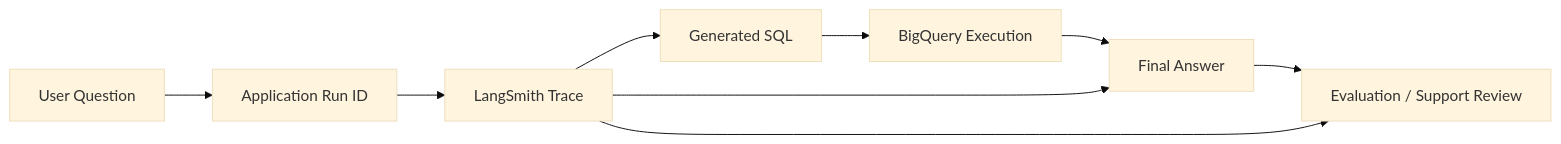
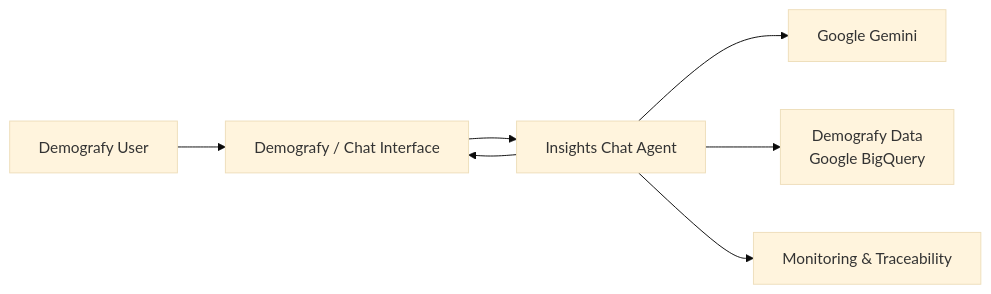
Before and after one commit to badrulHM/Insights_Chat_Agent_D-grafy: the diagram in README.md, drawn with Mermaid (base theme). The commit also changed other lines of this file and 3 other files, not shown here.

````diff
--- a/README.md
+++ b/README.md
@@ -572,17 +235,16 @@
 ```mermaid
 flowchart LR
+    USER["Demografy User"]
+    UI["Demografy / Chat Interface"]
+    AGENT["Insights Chat Agent"]
+    MODEL["Google Gemini"]
+    DATA["Demografy Data<br/>Google BigQuery"]
+    OBS["Monitoring & Traceability"]
 
-    Q["User Question"]
-    R["Application Run ID"]
-    L["LangSmith Trace"]
-    SQL["Generated SQL"]
-    BQ["BigQuery Execution"]
-    A["Final Answer"]
-    E["Evaluation / Support Review"]
-
-    Q --> R --> L
-    L --> SQL --> BQ --> A
-    L --> A
-    A --> E
-    L --> E
+    USER --> UI
+    UI --> AGENT
+    AGENT --> MODEL
+    AGENT --> DATA
+    AGENT --> UI
+    AGENT --> OBS
 ```
````
